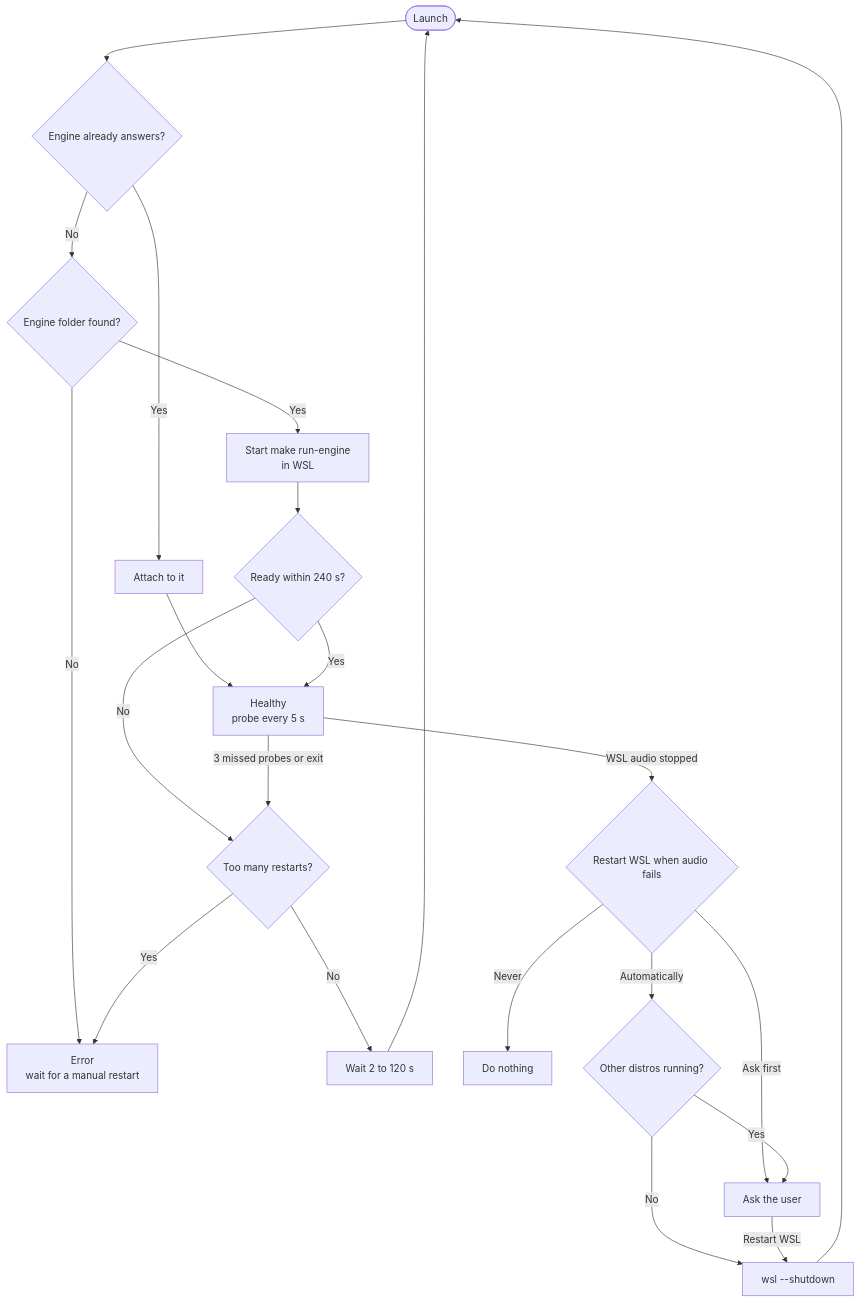
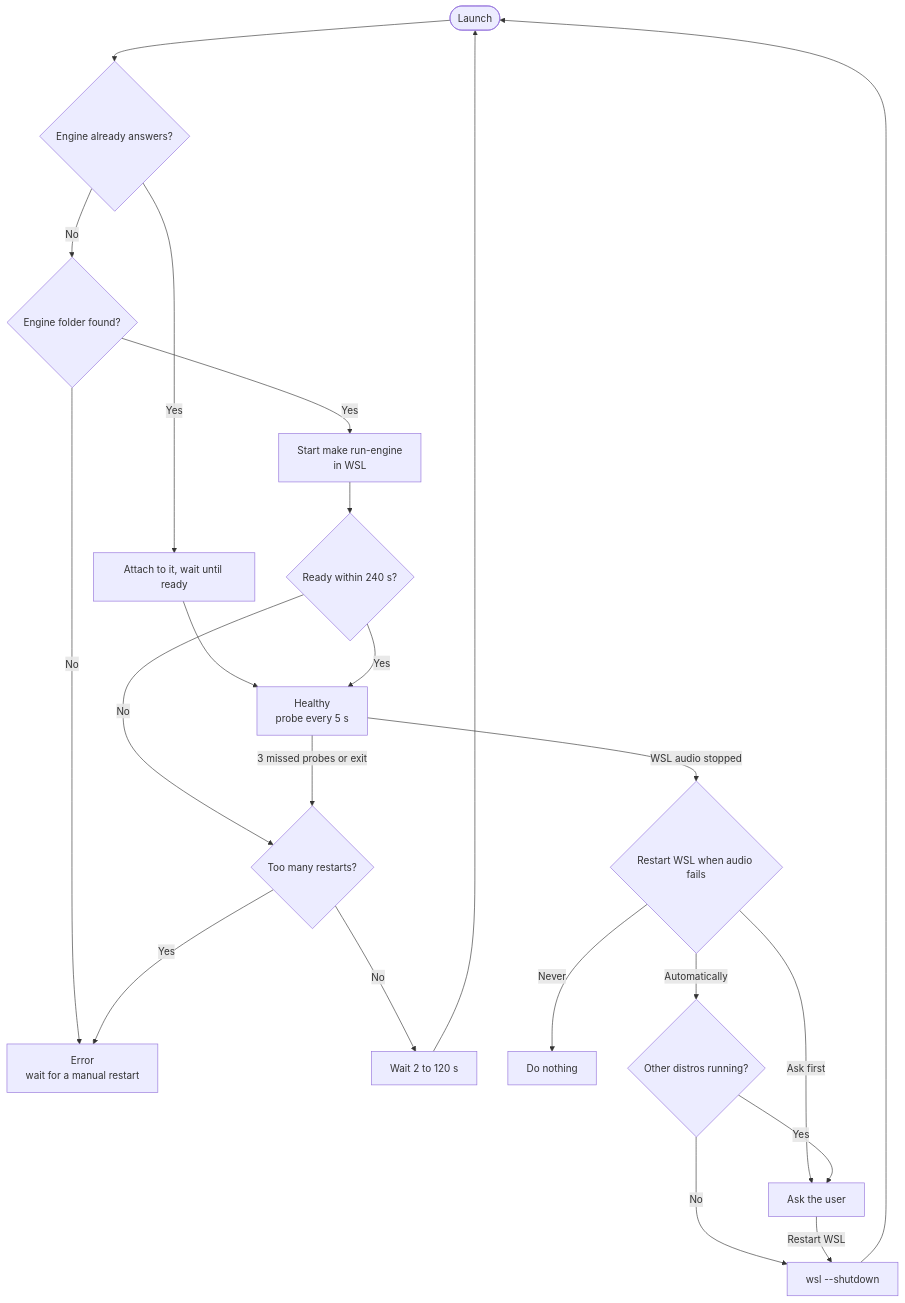
One commit to nano-br/voice-mate changed the fifth of 5 diagrams in README.md. Above: the diagram before and after it, drawn with Mermaid. The commit also changed other lines of this file and 5 other files, not shown here.

````diff
--- a/README.md
+++ b/README.md
@@ -271,23 +271,23 @@
 ```mermaid
 flowchart TD
     launch(["Launch"]) --> q_health{"Engine already answers?"}
-    q_health -- "Yes" --> attach["Attach to it"] --> healthy
+    q_health -- "Yes" --> attach["Attach to it, wait until ready"] --> healthy
     q_health -- "No" --> q_dir{"Engine folder found?"}
     q_dir -- "No" --> failed["Error<br/>wait for a manual restart"]
     q_dir -- "Yes" --> spawn["Start make run-engine<br/>in WSL"]
     spawn --> q_ready{"Ready within 240 s?"}
     q_ready -- "Yes" --> healthy["Healthy<br/>probe every 5 s"]
     q_ready -- "No" --> q_breaker
     healthy -->|"3 missed probes or exit"| q_breaker{"Too many restarts?"}
     q_breaker -- "No" --> backoff["Wait 2 to 120 s"]
     backoff --> launch
     q_breaker -- "Yes" --> failed
     healthy -->|"WSL audio stopped"| q_policy{"Restart WSL when audio fails"}
     q_policy -- "Never" --> nothing["Do nothing"]
     q_policy -- "Ask first" --> ask["Ask the user"]
     q_policy -- "Automatically" --> q_others{"Other distros running?"}
     q_others -- "Yes" --> ask
     q_others -- "No" --> wslrestart["wsl --shutdown"]
     ask -- "Restart WSL" --> wslrestart
     wslrestart --> launch
 ```
````
